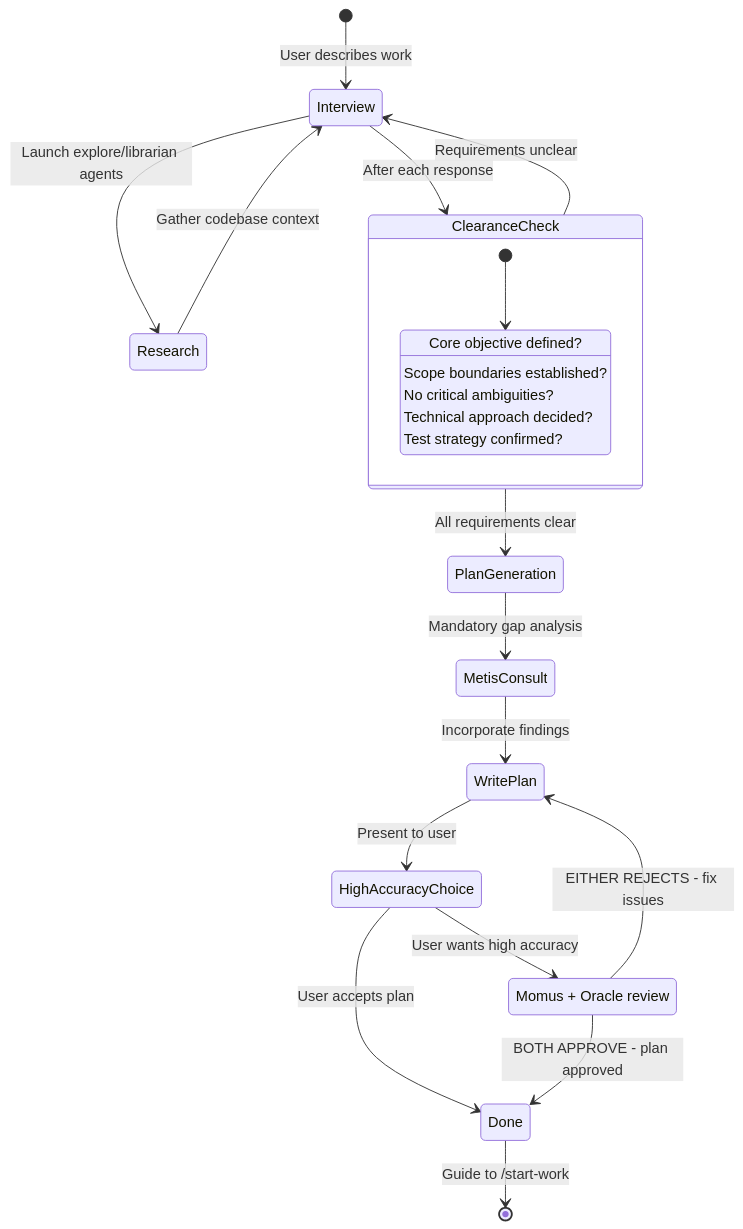
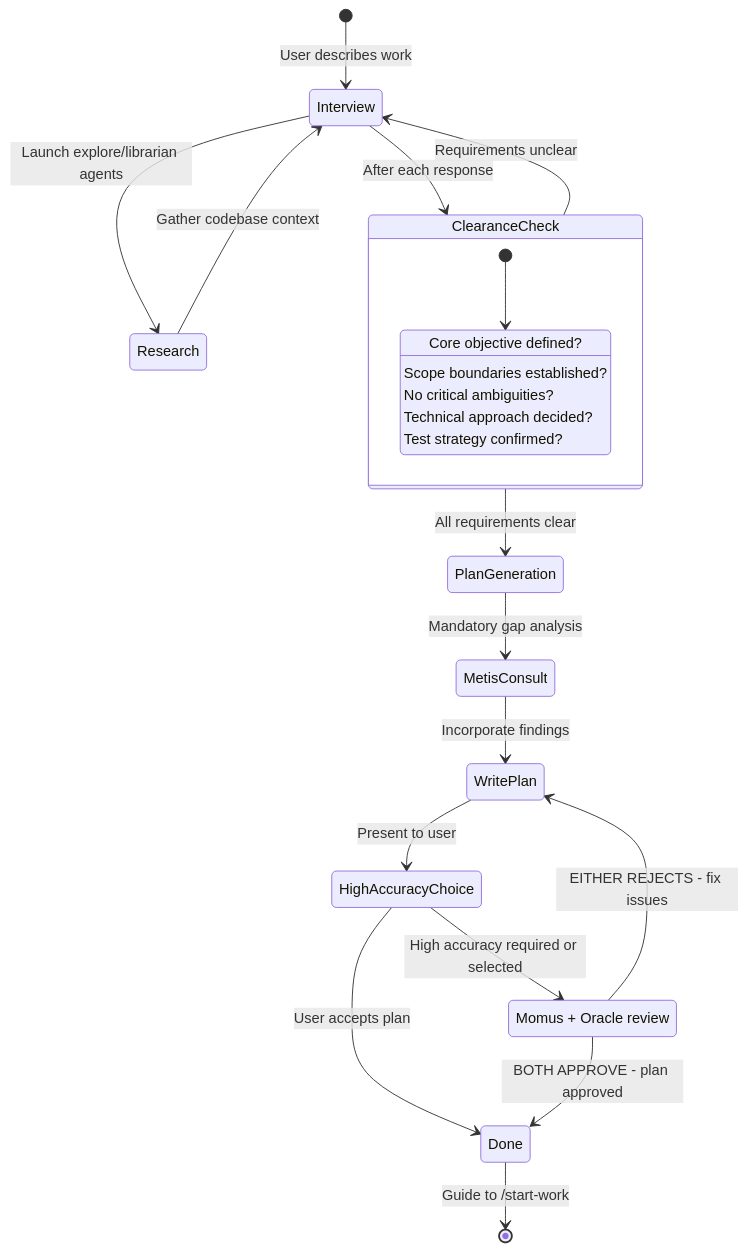
Before and after one commit to code-yeongyu/oh-my-openagent: the second of 3 diagrams in docs/guide/orchestration.md, drawn with Mermaid. The commit also changed other lines of this file, not shown here.

````diff
--- a/docs/guide/orchestration.md
+++ b/docs/guide/orchestration.md
@@ -128,33 +128,33 @@
 ```mermaid
 stateDiagram-v2
     [*] --> Interview: User describes work
     Interview --> Research: Launch explore/librarian agents
     Research --> Interview: Gather codebase context
     Interview --> ClearanceCheck: After each response
 
     ClearanceCheck --> Interview: Requirements unclear
     ClearanceCheck --> PlanGeneration: All requirements clear
 
     state ClearanceCheck {
         [*] --> Check
         Check: Core objective defined?
         Check: Scope boundaries established?
         Check: No critical ambiguities?
         Check: Technical approach decided?
         Check: Test strategy confirmed?
     }
 
     PlanGeneration --> MetisConsult: Mandatory gap analysis
     MetisConsult --> WritePlan: Incorporate findings
     WritePlan --> HighAccuracyChoice: Present to user
 
     state "Momus + Oracle review" as DualReview
 
-    HighAccuracyChoice --> DualReview: User wants high accuracy
+    HighAccuracyChoice --> DualReview: High accuracy required or selected
     HighAccuracyChoice --> Done: User accepts plan
 
     DualReview --> WritePlan: EITHER REJECTS - fix issues
     DualReview --> Done: BOTH APPROVE - plan approved
 
     Done --> [*]: Guide to /start-work
 ```
````
